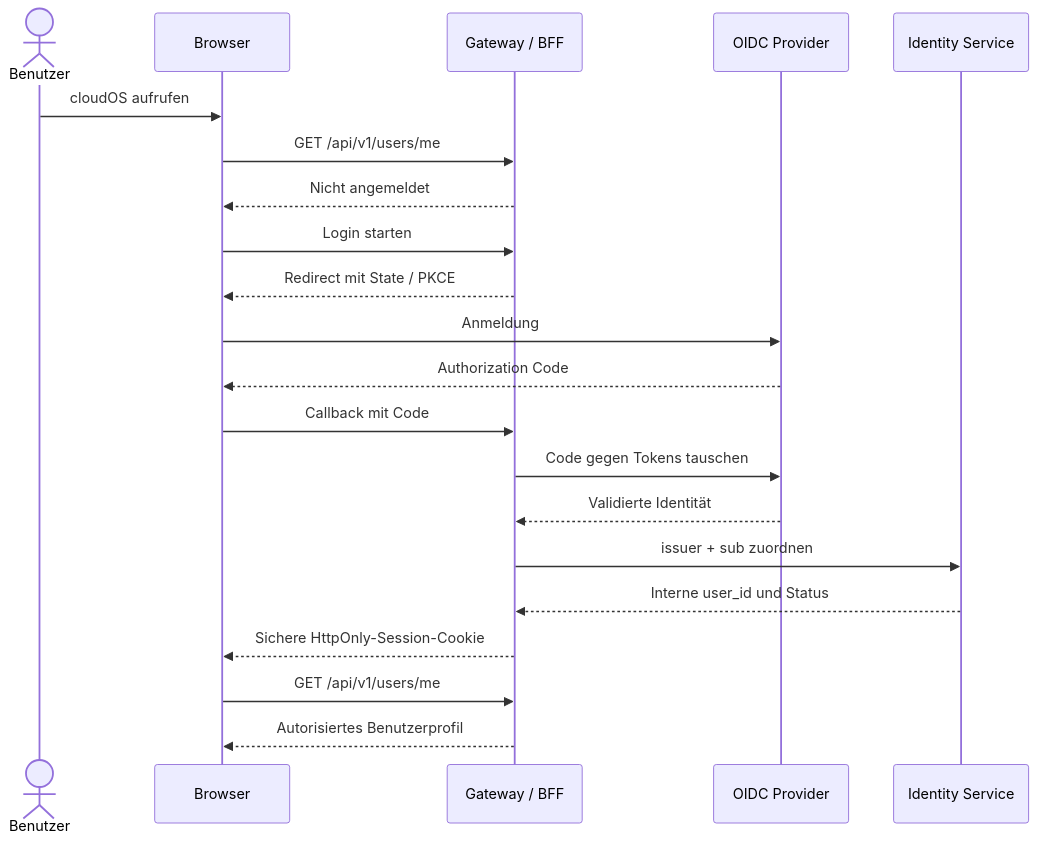
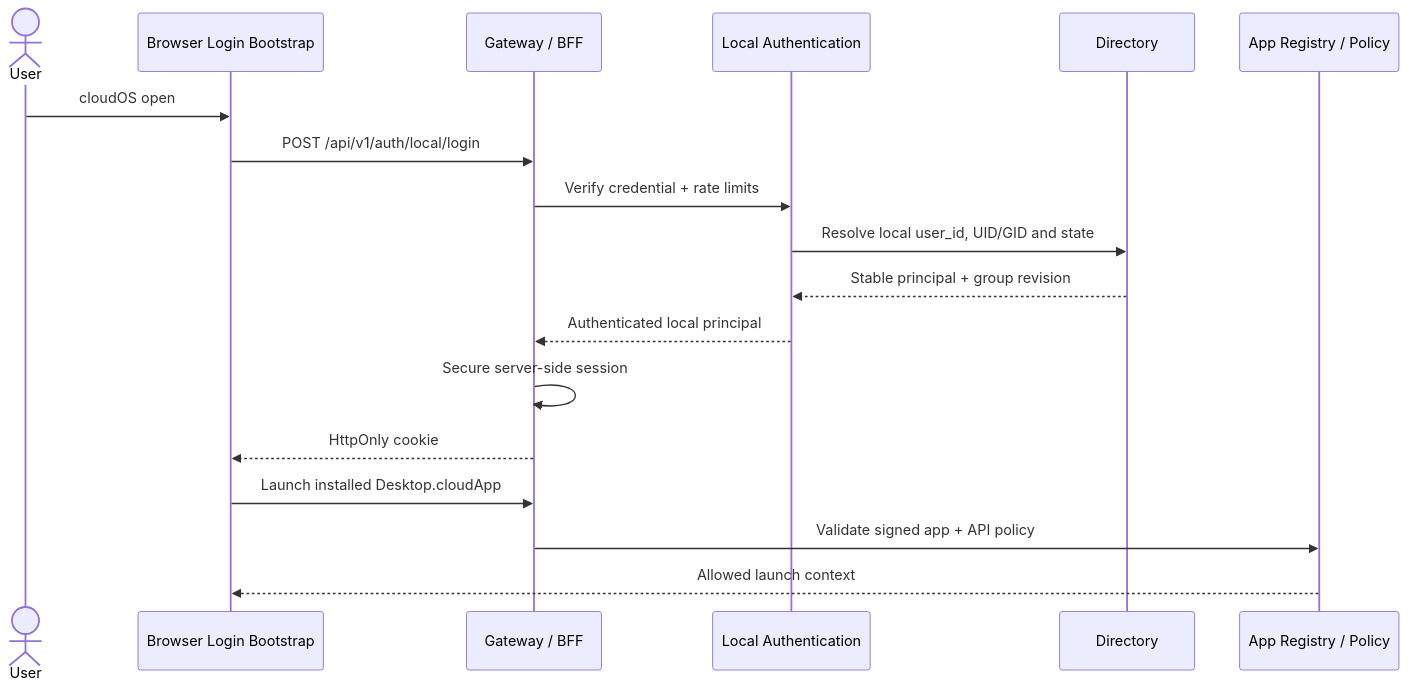
Before and after one commit to Drezael/cloudOS: the third of 11 diagrams in docs/SYSTEM_ARCHITECTURE.md, drawn with Mermaid. The commit also changed other lines of this file and 7 other files, not shown here.

````diff
--- a/docs/SYSTEM_ARCHITECTURE.md
+++ b/docs/SYSTEM_ARCHITECTURE.md
@@ -643,23 +647,20 @@
 ```mermaid
 sequenceDiagram
-    actor U as Benutzer
-    participant B as Browser
+    actor U as User
+    participant B as Browser Login Bootstrap
     participant G as Gateway / BFF
-    participant I as OIDC Provider
-    participant ID as Identity Service
-    U->>B: cloudOS aufrufen
-    B->>G: GET /api/v1/users/me
-    G-->>B: Nicht angemeldet
-    B->>G: Login starten
-    G-->>B: Redirect mit State / PKCE
-    B->>I: Anmeldung
-    I-->>B: Authorization Code
-    B->>G: Callback mit Code
-    G->>I: Code gegen Tokens tauschen
-    I-->>G: Validierte Identität
-    G->>ID: issuer + sub zuordnen
-    ID-->>G: Interne user_id und Status
-    G-->>B: Sichere HttpOnly-Session-Cookie
-    B->>G: GET /api/v1/users/me
-    G-->>B: Autorisiertes Benutzerprofil
+    participant A as Local Authentication
+    participant D as Directory
+    participant P as App Registry / Policy
+    U->>B: cloudOS open
+    B->>G: POST /api/v1/auth/local/login
+    G->>A: Verify credential + rate limits
+    A->>D: Resolve local user_id, UID/GID and state
+    D-->>A: Stable principal + group revision
+    A-->>G: Authenticated local principal
+    G->>G: Secure server-side session
+    G-->>B: HttpOnly cookie
+    B->>G: Launch installed Desktop.cloudApp
+    G->>P: Validate signed app + API policy
+    P-->>B: Allowed launch context
 ```
````
